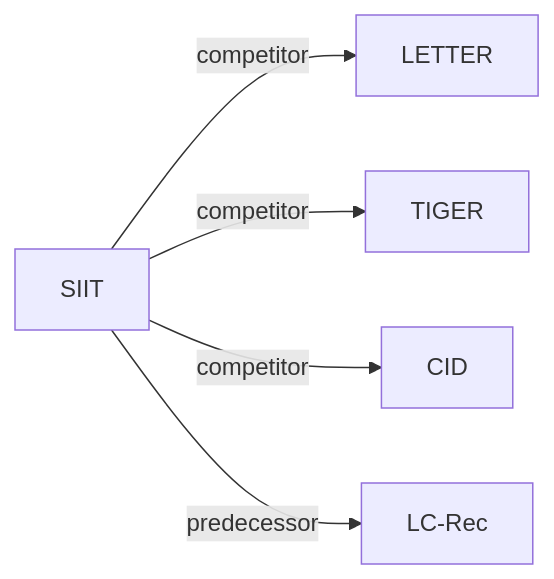
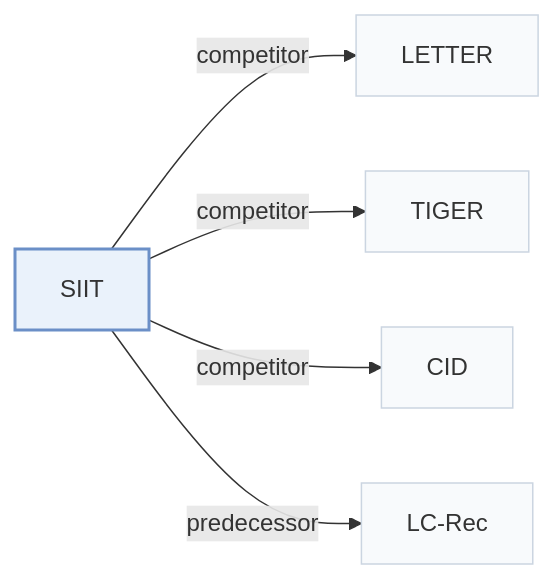
The second of 2 diagrams in pages/papers/siit.md (Galaxy-ghost/Awesome-SID-Generative-Rec), drawn with Mermaid before and after one commit. The commit also changed other lines of this file and 649 other files, not shown here.

Commit message:
writer-05: also tags and modality index (schema, check, build, visuals); summary field removed; calibration data for 12 papers

````diff
--- a/pages/papers/siit.md
+++ b/pages/papers/siit.md
@@ -68,8 +74,12 @@
 ```mermaid
 flowchart LR
     P["SIIT"]
-    P -->|competitor| A["LETTER"]
-    P -->|competitor| B["TIGER"]
-    P -->|competitor| C["CID"]
-    P -->|predecessor| D["LC-Rec"]
+    P -->|"competitor"| A["LETTER"]
+    P -->|"competitor"| B["TIGER"]
+    P -->|"competitor"| C["CID"]
+    P -->|"predecessor"| D["LC-Rec"]
+    classDef main fill:#eaf2fb,stroke:#6b8fc7,stroke-width:2px
+    classDef peer fill:#f8fafc,stroke:#cbd5e1
+    class P main
+    class A,B,C,D peer
 ```
````
